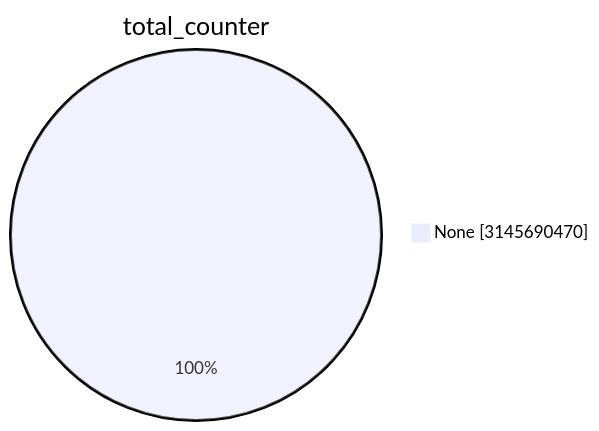
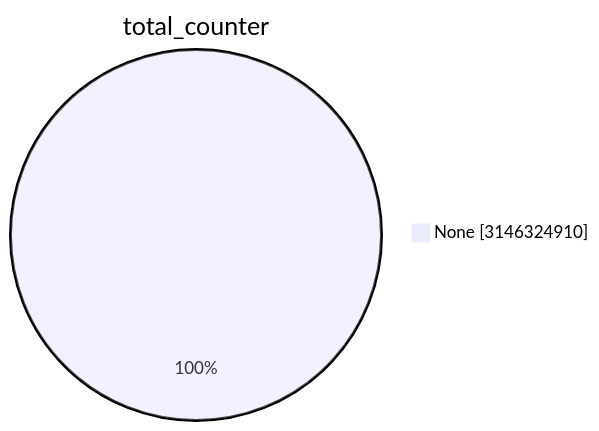
Before and after one commit to christiankrug/ctmonitor_visualization: the first of 15 diagrams in TOTAL/README.md, drawn with Mermaid. The commit also changed other lines of this file, not shown here.

````diff
--- a/TOTAL/README.md
+++ b/TOTAL/README.md
@@ -1,5 +1,5 @@
 ```mermaid
 pie showData
 title total_counter
-"None" :3145690470
+"None" :3146324910
 ```
````
